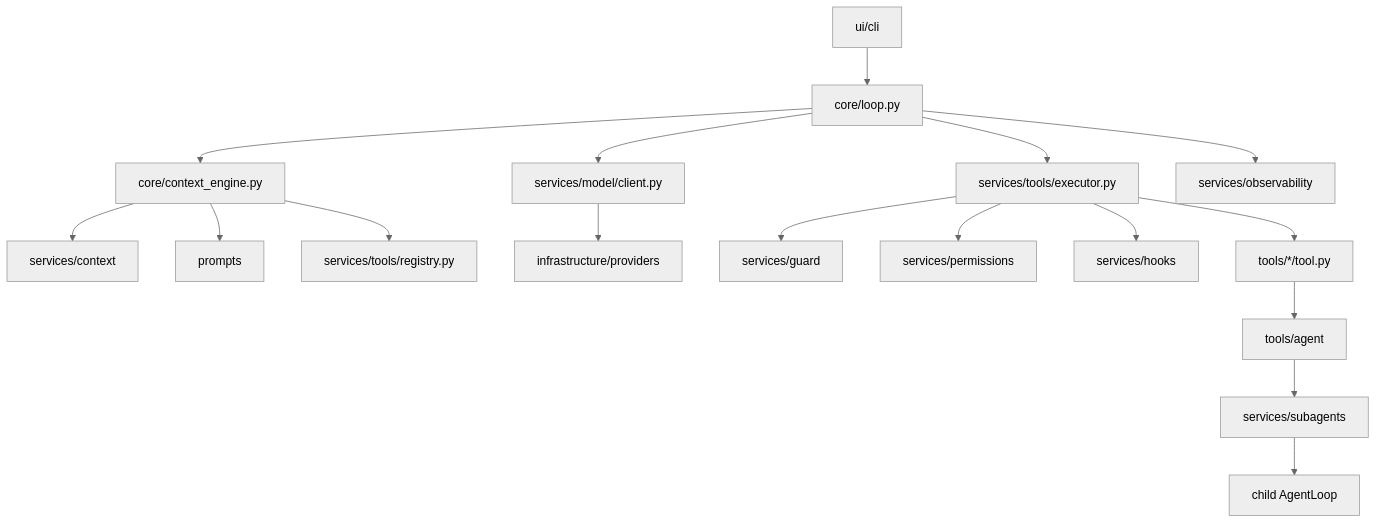
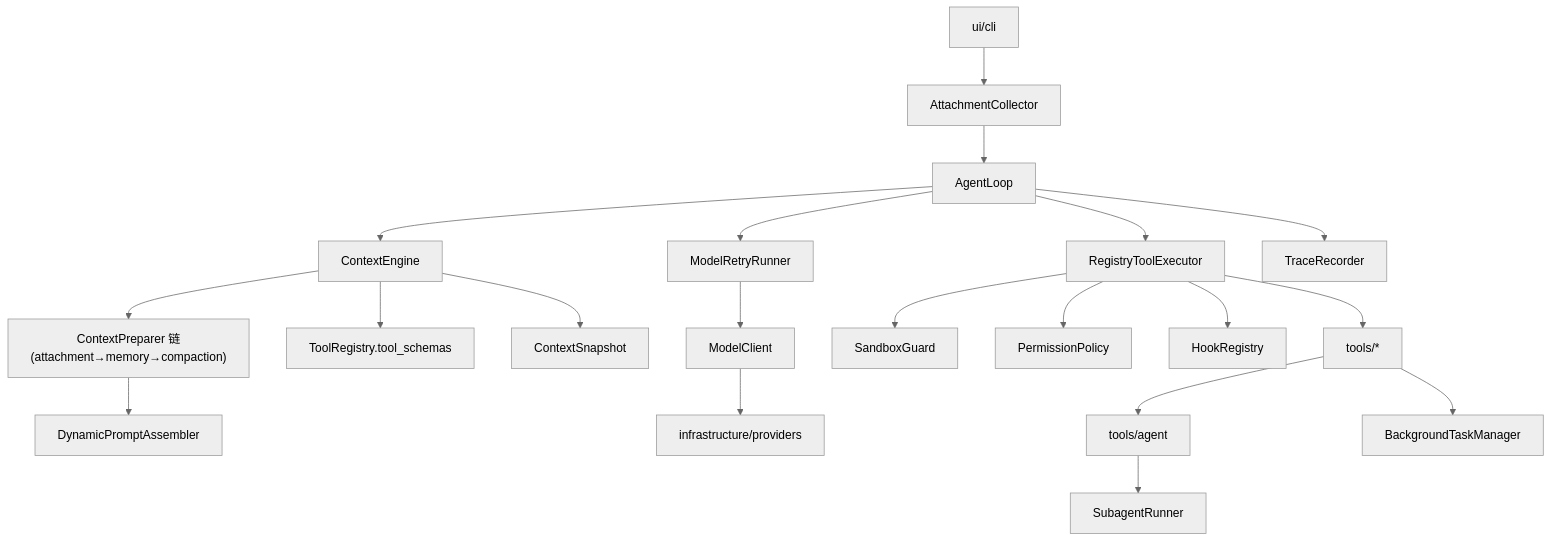
The second of 2 diagrams in architecture.md (EtherealStar/OneCode), drawn with Mermaid (neutral theme) before and after one commit. The commit also changed other lines of this file and 26 other files, not shown here.

First line of the commit message:
docs(architecture): restructure OneCode architecture docs

````diff
--- a/architecture.md
+++ b/architecture.md
@@ -108,19 +169,22 @@
 ```mermaid
 flowchart TD
-  UI["ui/cli"] --> Loop["core/loop.py"]
-  Loop --> Engine["core/context_engine.py"]
-  Engine --> Context["services/context"]
-  Engine --> Prompts["prompts"]
-  Engine --> Registry["services/tools/registry.py"]
-  Loop --> ModelClient["services/model/client.py"]
+  UI["ui/cli"] --> Collector["AttachmentCollector"]
+  Collector --> Loop["AgentLoop"]
+  Loop --> Engine["ContextEngine"]
+  Engine --> Prep["ContextPreparer 链\n(attachment→memory→compaction)"]
+  Prep --> Assembler["DynamicPromptAssembler"]
+  Engine --> RegistrySchema["ToolRegistry.tool_schemas"]
+  Engine --> Snapshot["ContextSnapshot"]
+  Loop --> Retry["ModelRetryRunner"]
+  Retry --> ModelClient["ModelClient"]
   ModelClient --> Provider["infrastructure/providers"]
-  Loop --> Executor["services/tools/executor.py"]
-  Executor --> Guard["services/guard"]
-  Executor --> Permission["services/permissions"]
-  Executor --> Hooks["services/hooks"]
-  Executor --> Tools["tools/*/tool.py"]
+  Loop --> Executor["RegistryToolExecutor"]
+  Executor --> Guard["SandboxGuard"]
+  Executor --> Permission["PermissionPolicy"]
+  Executor --> Hooks["HookRegistry"]
+  Executor --> Tools["tools/*"]
   Tools --> AgentTool["tools/agent"]
-  AgentTool --> Subagents["services/subagents"]
-  Subagents --> ChildLoop["child AgentLoop"]
-  Loop --> Trace["services/observability"]
+  AgentTool --> Subagents["SubagentRunner"]
+  Tools --> Bg["BackgroundTaskManager"]
+  Loop --> Trace["TraceRecorder"]
 ```
````
